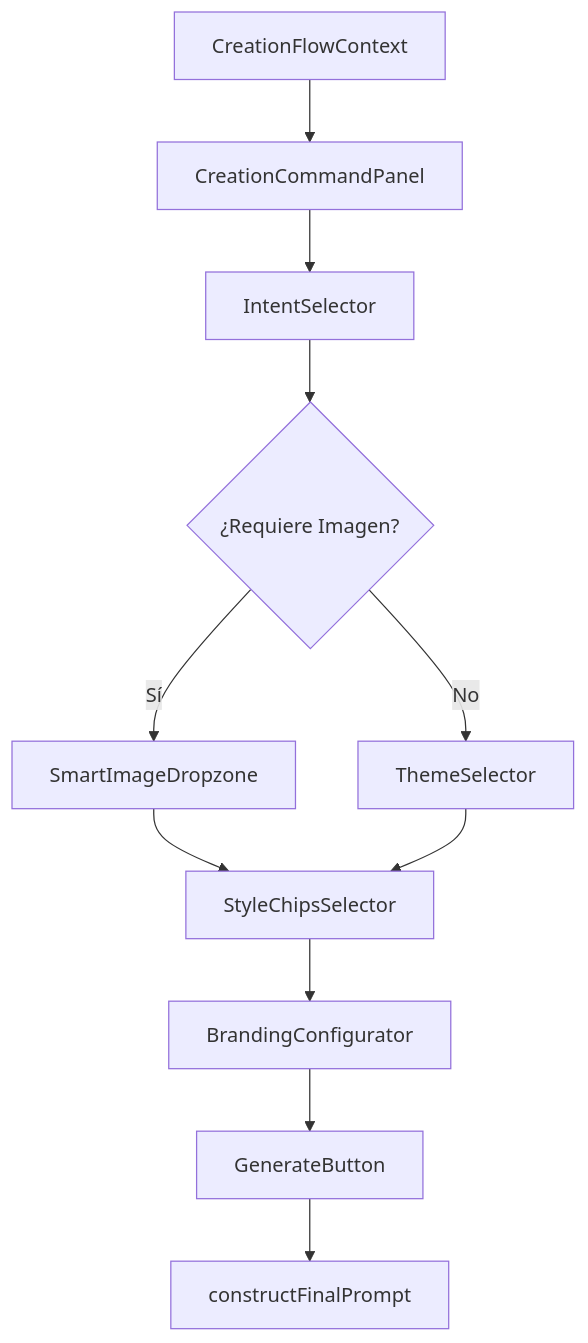
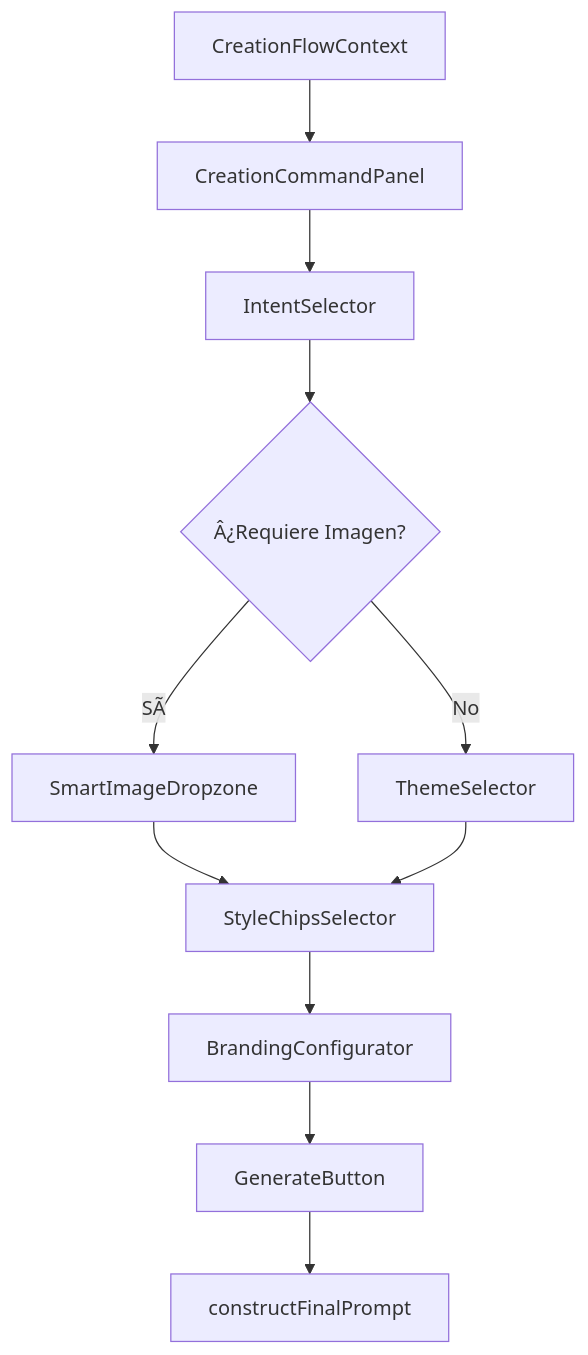
One commit to juanfranbrv/x-studio-convex changed the diagram in RECURSOS/implementation_plan.md. Above: the diagram before and after it, drawn with Mermaid. The commit also changed other lines of this file and 3 other files, not shown here.

````diff
--- a/RECURSOS/implementation_plan.md
+++ b/RECURSOS/implementation_plan.md
@@ -13,13 +13,13 @@
 ```mermaid
 graph TD
     A[CreationFlowContext] --> B[CreationCommandPanel]
     B --> C[IntentSelector]
-    C --> D{¿Requiere Imagen?}
-    D -->|Sí| E[SmartImageDropzone]
+    C --> D{Â¿Requiere Imagen?}
+    D -->|SÃ­| E[SmartImageDropzone]
     D -->|No| F[ThemeSelector]
     E --> G[StyleChipsSelector]
     F --> G
     G --> H[BrandingConfigurator]
     H --> I[GenerateButton]
     I --> J[constructFinalPrompt]
 ```
````
